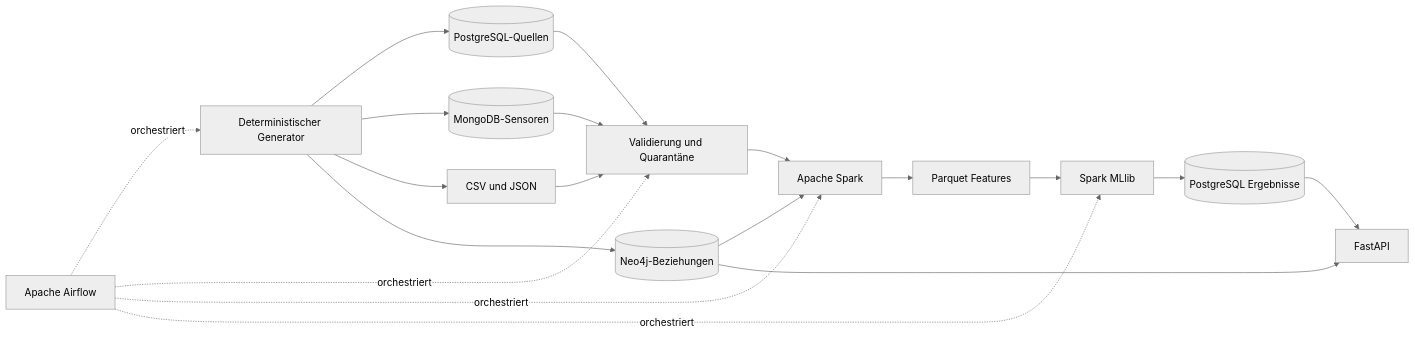
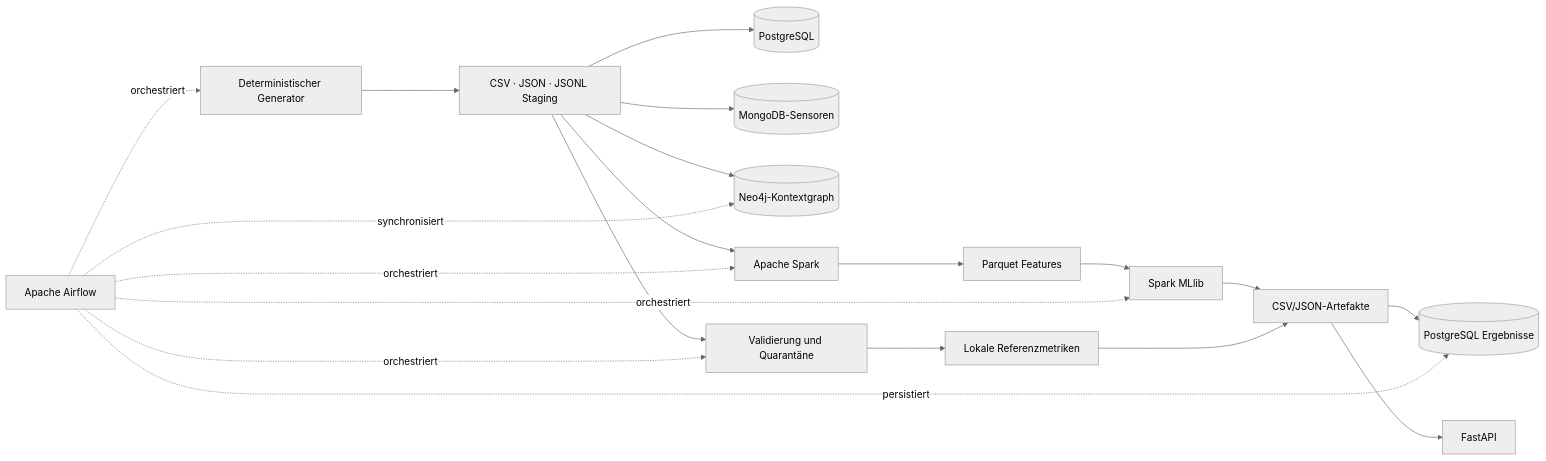
One commit to Maik-Huebner/industrial-intelligence-platform changed the diagram in README.md. Above: the diagram before and after it, drawn with Mermaid (neutral theme). The commit also changed other lines of this file and 16 other files, not shown here.

````diff
--- a/README.md
+++ b/README.md
@@ -27,21 +27,22 @@
 ```mermaid
 flowchart LR
-    G[Deterministischer Generator] --> PG[(PostgreSQL-Quellen)]
-    G --> MO[(MongoDB-Sensoren)]
-    G --> F[CSV und JSON]
-    G --> N[(Neo4j-Beziehungen)]
-    PG --> Q[Validierung und Quarantäne]
-    MO --> Q
-    F --> Q
-    Q --> S[Apache Spark]
-    N --> S
+    G[Deterministischer Generator] --> ST[CSV · JSON · JSONL Staging]
+    ST --> PG[(PostgreSQL)]
+    ST --> MO[(MongoDB-Sensoren)]
+    ST --> N[(Neo4j-Kontextgraph)]
+    ST --> Q[Validierung und Quarantäne]
+    ST --> S[Apache Spark]
+    Q --> L[Lokale Referenzmetriken]
     S --> P[Parquet Features]
     P --> ML[Spark MLlib]
-    ML --> R[(PostgreSQL Ergebnisse)]
-    R --> API[FastAPI]
-    N --> API
-    A[Apache Airflow] -. orchestriert .-> G
-    A -. orchestriert .-> Q
-    A -. orchestriert .-> S
-    A -. orchestriert .-> ML
+    ML --> ART[CSV/JSON-Artefakte]
+    L --> ART
+    ART --> R[(PostgreSQL Ergebnisse)]
+    ART --> API[FastAPI]
+    AF[Apache Airflow] -. orchestriert .-> G
+    AF -. orchestriert .-> Q
+    AF -. orchestriert .-> S
+    AF -. orchestriert .-> ML
+    AF -. persistiert .-> R
+    AF -. synchronisiert .-> N
 ```
````
